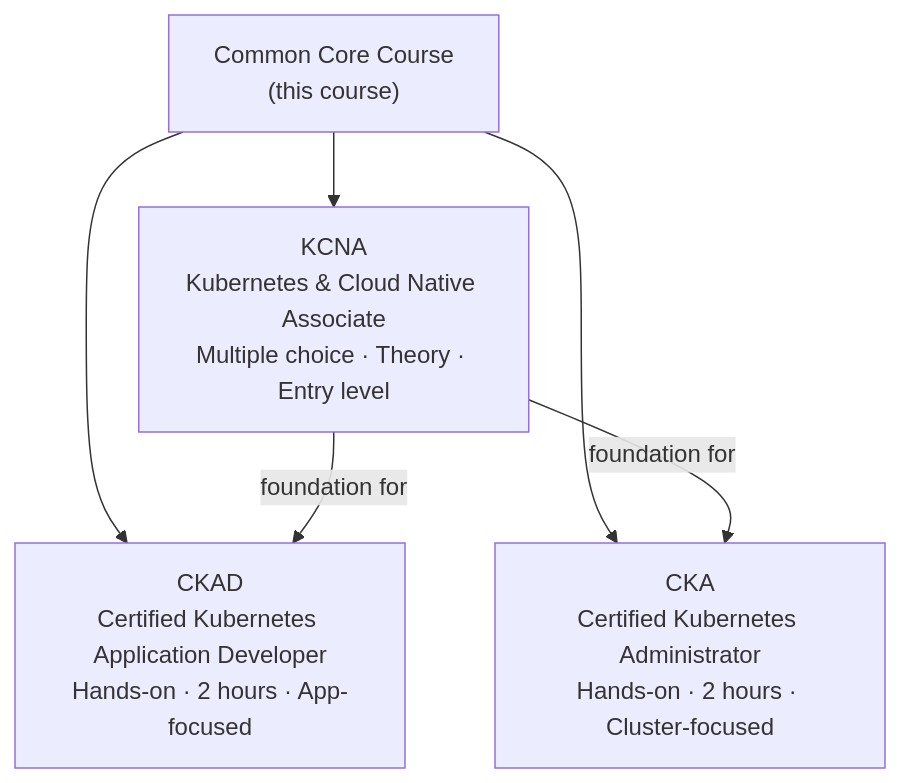
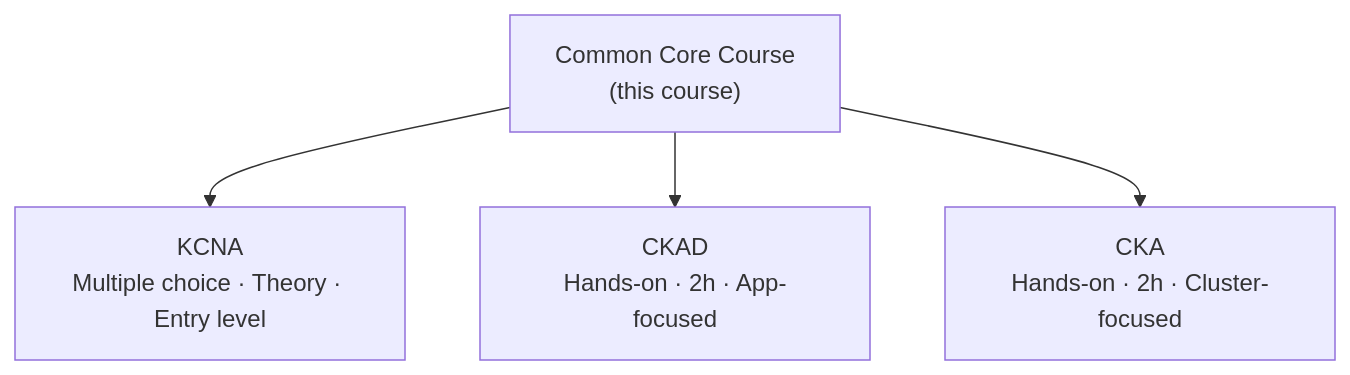
Before and after one commit to Antoine-Flo/kube-mastery: the diagram in src/courses/modules/onboarding/03-certification-overview/en/content.md, drawn with Mermaid. The commit also changed other lines of this file and 185 other files, not shown here.

````diff
--- a/src/courses/modules/onboarding/03-certification-overview/en/content.md
+++ b/src/courses/modules/onboarding/03-certification-overview/en/content.md
@@ -43,10 +35,7 @@
 ```mermaid
 graph TD
     CC["Common Core Course<br/>(this course)"]
-    CC --> KCNA["KCNA<br/>Kubernetes & Cloud Native Associate<br/>Multiple choice · Theory · Entry level"]
-    CC --> CKAD["CKAD<br/>Certified Kubernetes Application Developer<br/>Hands-on · 2 hours · App-focused"]
-    CC --> CKA["CKA<br/>Certified Kubernetes Administrator<br/>Hands-on · 2 hours · Cluster-focused"]
-
-    KCNA -->|"foundation for"| CKAD
-    KCNA -->|"foundation for"| CKA
+    CC --> KCNA["KCNA<br/>Multiple choice · Theory · Entry level"]
+    CC --> CKAD["CKAD<br/>Hands-on · 2h · App-focused"]
+    CC --> CKA["CKA<br/>Hands-on · 2h · Cluster-focused"]
 ```
````
